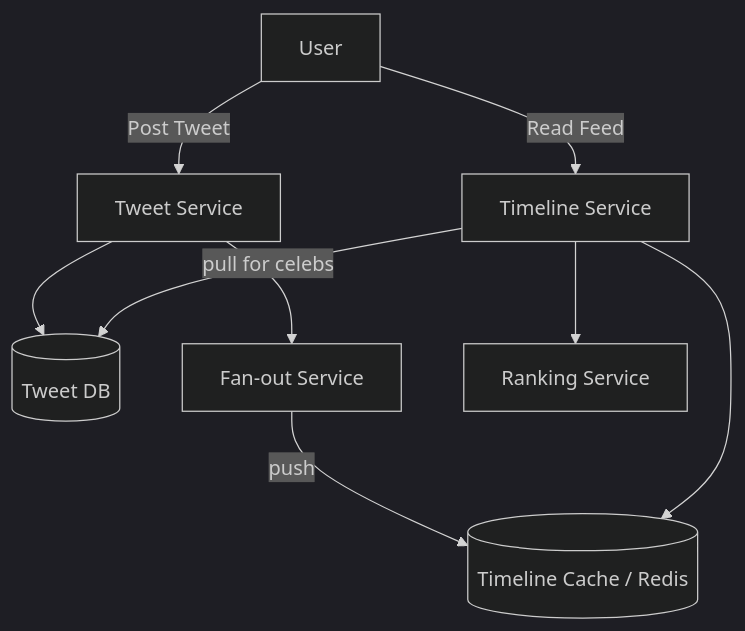
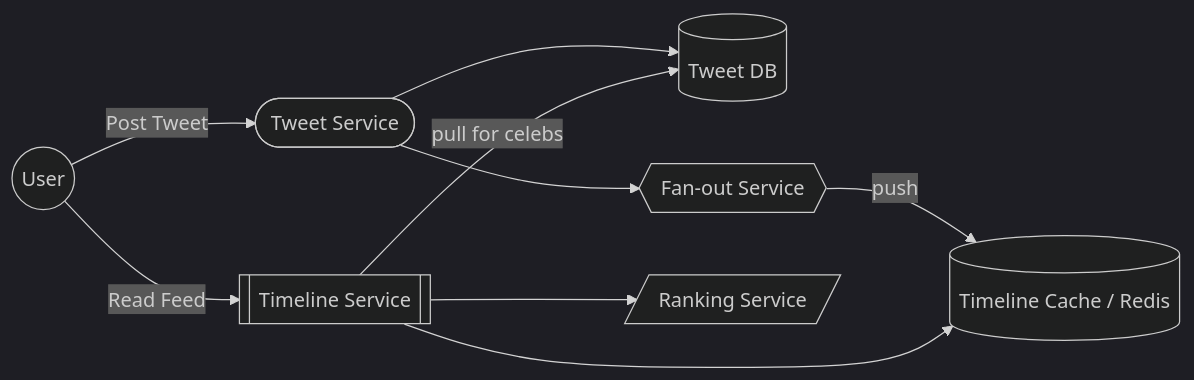
Before and after one commit to saivamsikaruturi/vamsilabs-dev-notes-main: the second of 12 diagrams in docs/interview/system-design.md, drawn with Mermaid (dark theme). The commit also changed other lines of this file and 146 other files, not shown here.

Commit message:
Horizontal diagrams, UML class diagrams, typography overhaul, and permalink cleanup

````diff
--- a/docs/interview/system-design.md
+++ b/docs/interview/system-design.md
@@ -72,11 +72,11 @@
     ```mermaid
-    flowchart TD
-        User -->|Post Tweet| TweetSvc[Tweet Service]
+    flowchart LR
+        User(("User")) -->|Post Tweet| TweetSvc(["Tweet Service"])
         TweetSvc --> DB[(Tweet DB)]
-        TweetSvc --> Fanout[Fan-out Service]
+        TweetSvc --> Fanout{{"Fan-out Service"}}
         Fanout -->|push| TLC[(Timeline Cache / Redis)]
-        User -->|Read Feed| TimelineSvc[Timeline Service]
+        User -->|Read Feed| TimelineSvc[["Timeline Service"]]
         TimelineSvc --> TLC
         TimelineSvc -->|pull for celebs| DB
-        TimelineSvc --> Ranker[Ranking Service]
+        TimelineSvc --> Ranker[/"Ranking Service"/]
     ```
````
